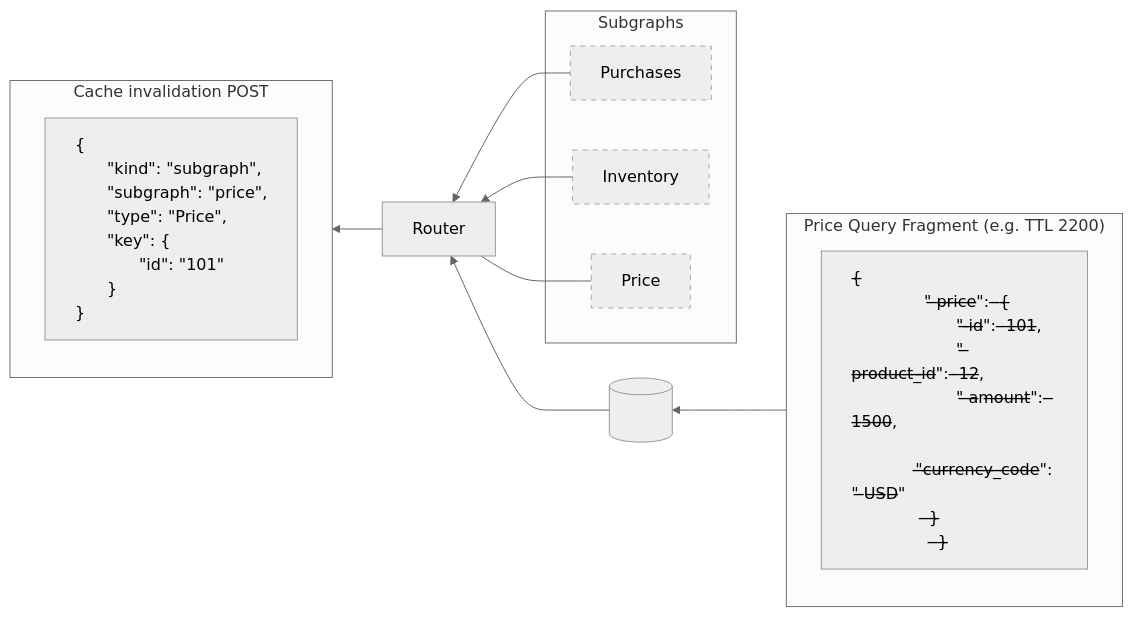
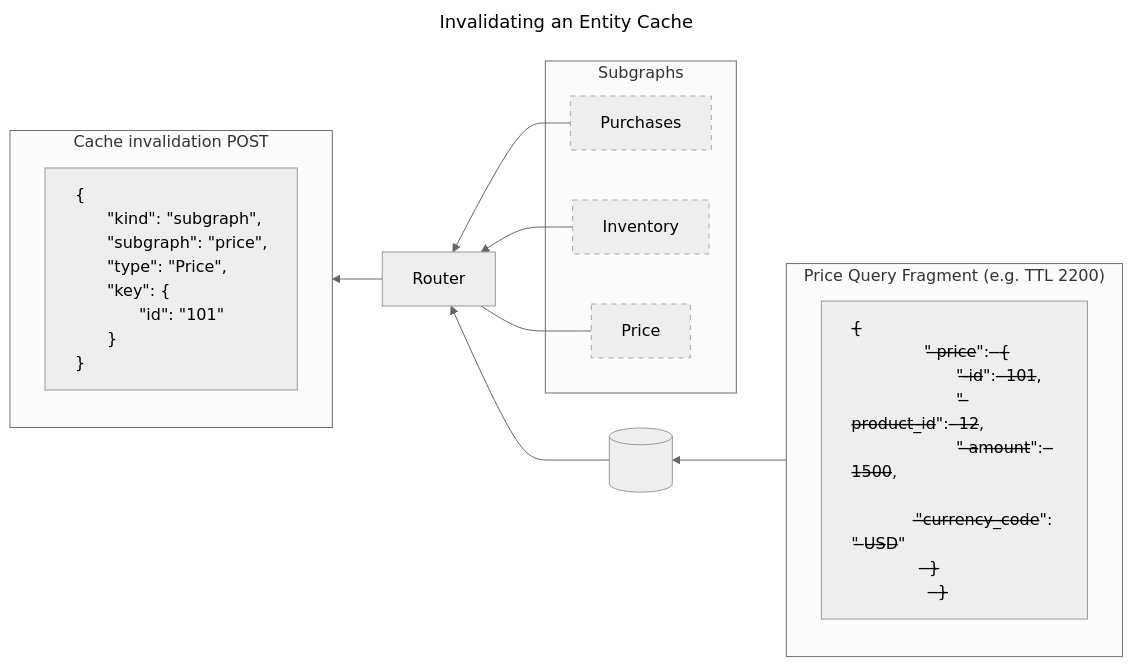
One commit to apollographql/router changed the second of 2 diagrams in docs/source/routing/performance/caching/entity.mdx. Above: the diagram before and after it, drawn with Mermaid (neutral theme).

Commit message:
Added a title to the invalidation diagram

````diff
--- a/docs/source/routing/performance/caching/entity.mdx
+++ b/docs/source/routing/performance/caching/entity.mdx
@@ -218,46 +216,50 @@
 ```mermaid
+---
+title: Invalidating an Entity Cache
+---
+
 flowchart RL
 	subgraph QueryResponse["Cache invalidation POST"]
 		n1["{
 			&emsp;&emsp;&quot;kind&quot;: &quot;subgraph&quot;,
 			&emsp;&emsp;&quot;subgraph&quot;: &quot;price&quot;,
 			&emsp;&emsp;&quot;type&quot;: &quot;Price&quot;,
 			&emsp;&emsp;&quot;key&quot;: {
 			&emsp;&emsp;&emsp;&emsp;&quot;id&quot;: &quot;101&quot;
 			&emsp;&emsp;}
 		}"]
     end
 
 	subgraph Subgraphs["Subgraphs"]
 		Purchases["Purchases"]
 		Inventory["Inventory"]
 		Price["Price"]
 	end
 
 	subgraph PriceQueryFragment["Price Query Fragment (e.g. TTL 2200)"]
 		n2[" ̶{̶
     	&emsp;&emsp;&quot; ̶p̶r̶i̶c̶e̶&quot;:  ̶{̶
         &emsp;&emsp;&emsp;&emsp;&quot; ̶i̶d̶&quot;:  ̶1̶0̶1̶,
         &emsp;&emsp;&emsp;&emsp;&quot; ̶p̶r̶o̶d̶u̶c̶t̶_̶i̶d̶&quot;:  ̶1̶2̶,
         &emsp;&emsp;&emsp;&emsp;&quot; ̶a̶m̶o̶u̶n̶t̶&quot;:  ̶1̶5̶0̶0̶,
         &emsp;&emsp;&emsp;&emsp;&quot;̶c̶u̶r̶r̶e̶n̶c̶y̶_̶c̶o̶d̶e̶&quot;: &quot; ̶U̶S̶D̶&quot;
     	&emsp;&emsp; ̶}̶
 		 ̶}̶"]
 	end
 
 	Router
 	Database[("&emsp;&emsp;&emsp;")]
 
     Router --> QueryResponse
 	Purchases --> Router
 	Inventory --> Router
 	Price --- Router
 	PriceQueryFragment --> Database
 	Database --> Router
 
 	style n1 text-align:left
 	style Price border:none,stroke-width:1px,stroke-dasharray:5 5,stroke:#A6A6A6
 	style Purchases border:none,stroke-width:1px,stroke-dasharray:5 5,stroke:#A6A6A6
 	style Inventory border:none,stroke-width:1px,stroke-dasharray:5 5,stroke:#A6A6A6
 	style n2 text-align:left
 ```
````
